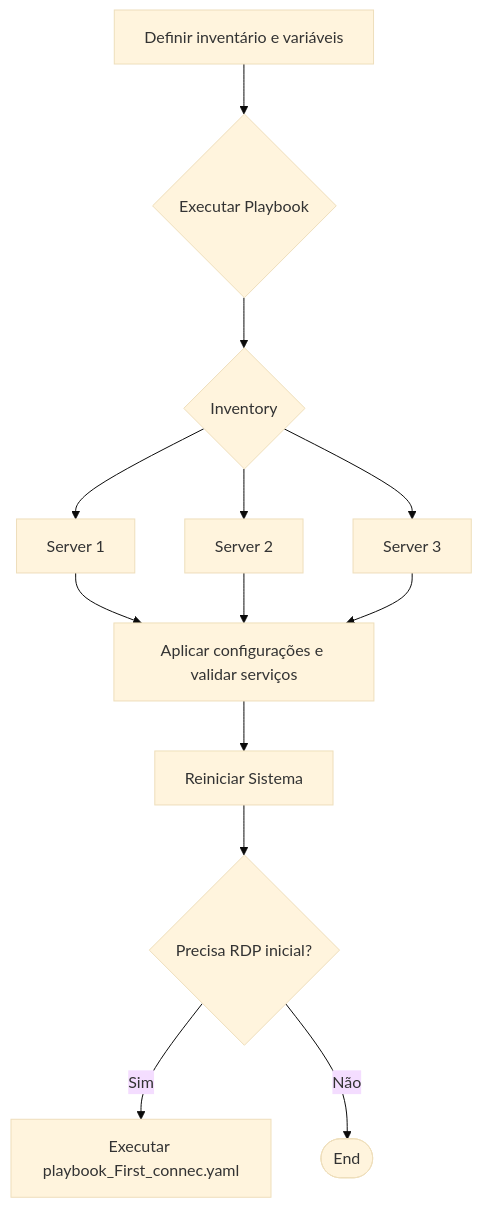
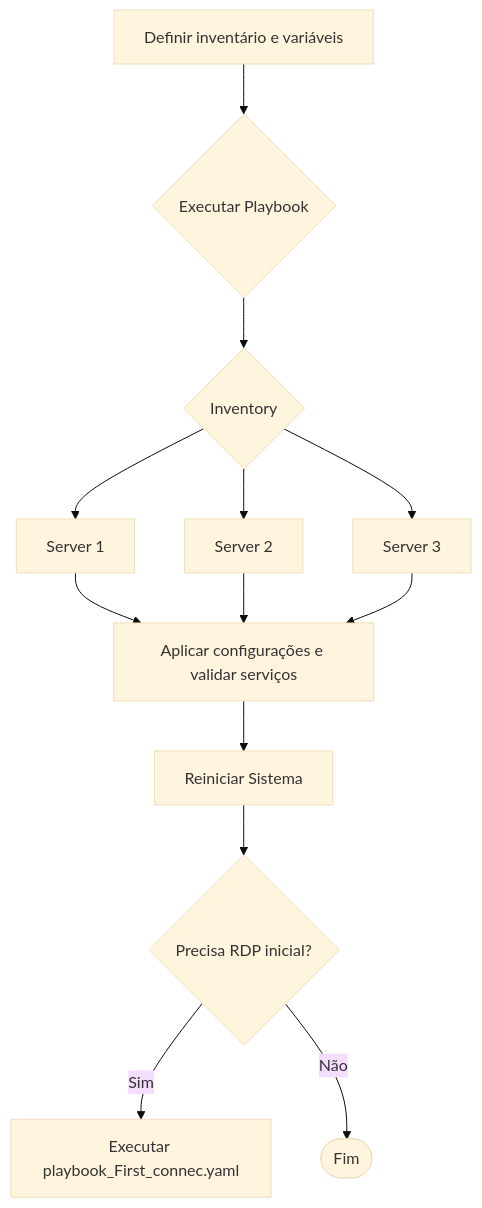
The diagram in README.md (Theo-Panella/Project_AOC), drawn with Mermaid (base theme) before and after one commit.

````diff
--- a/README.md
+++ b/README.md
@@ -35,17 +35,17 @@
 ```mermaid
 flowchart TD
     A["Definir inventário e variáveis"]
     A --> B{"Executar Playbook"}
     B --> C{"Inventory"}
     C --> D[Server 1]
     C --> E[Server 2]
     C --> F[Server 3]
     
     D --> G["Aplicar configurações e validar serviços"]
     E --> G["Aplicar configurações e validar serviços"]
     F --> G["Aplicar configurações e validar serviços"]
     G --> H["Reiniciar Sistema"]
     H --> I{"Precisa RDP inicial?"}
     I -->|Sim| J["Executar playbook_First_connec.yaml"]
-    I -->|Não| K(["End"])
+    I -->|Não| K(["Fim"])
 ```
````
